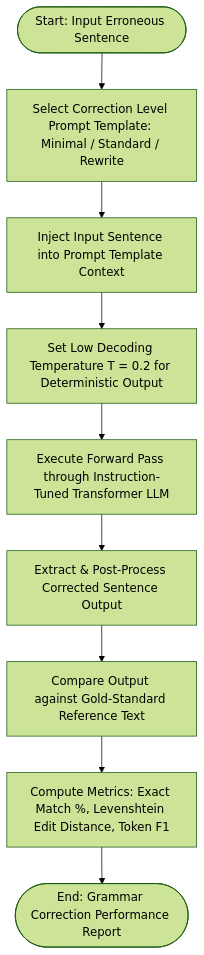
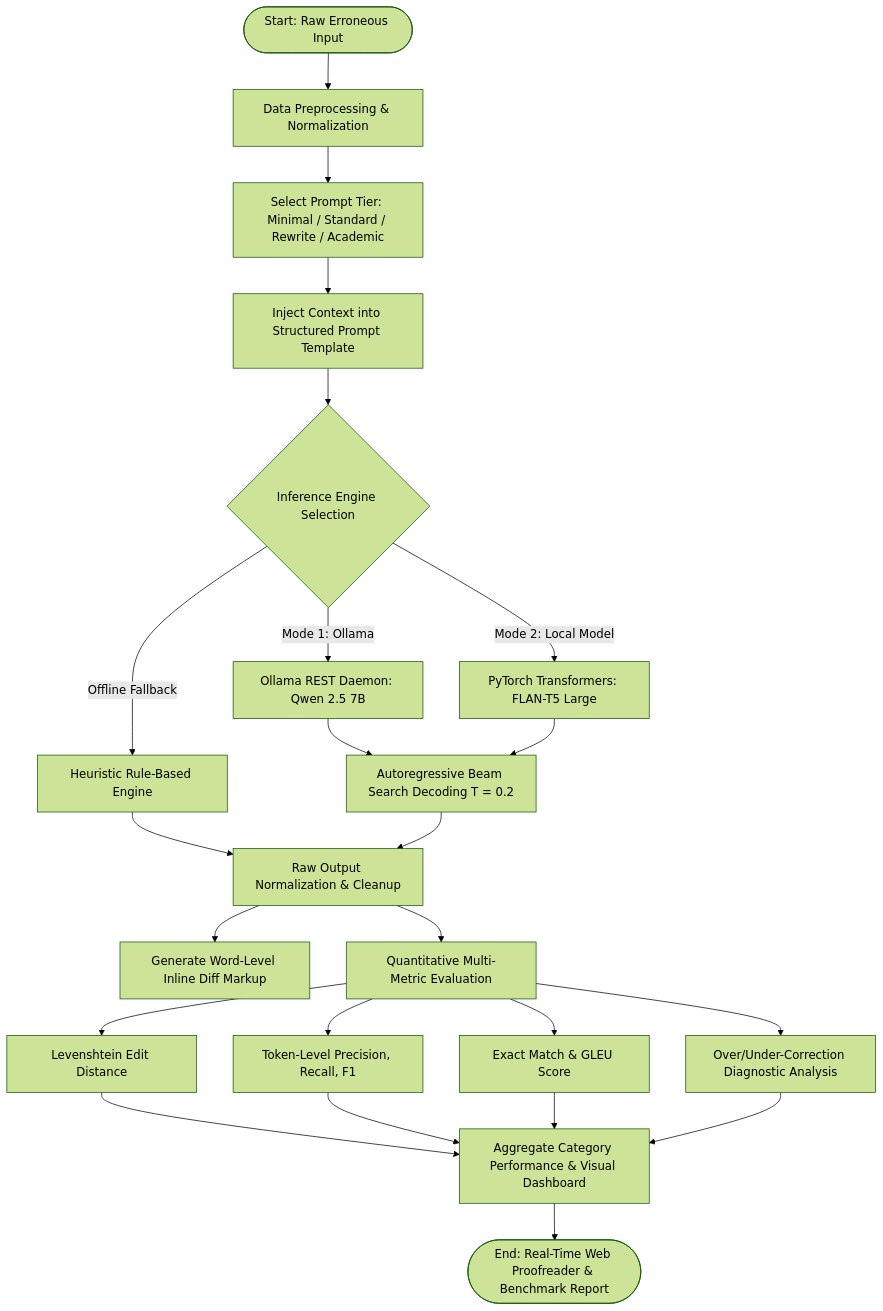
The diagram in llm_grammar_correction_project/Experiment8.md (Mekesh-Engineer/Ai_for_Engineers), drawn with Mermaid (forest theme) before and after one commit. The commit also changed other lines of this file and 191 other files, not shown here.

````diff
--- a/llm_grammar_correction_project/Experiment8.md
+++ b/llm_grammar_correction_project/Experiment8.md
@@ -98,11 +199,25 @@
 ```mermaid
 flowchart TD
-    A([Start: Input Erroneous Sentence]) --> B[Select Correction Level Prompt Template: Minimal / Standard / Rewrite]
-    B --> C[Inject Input Sentence into Prompt Template Context]
-    C --> D[Set Low Decoding Temperature T = 0.2 for Deterministic Output]
-    D --> E[Execute Forward Pass through Instruction-Tuned Transformer LLM]
-    E --> F[Extract & Post-Process Corrected Sentence Output]
-    F --> G[Compare Output against Gold-Standard Reference Text]
-    G --> H[Compute Metrics: Exact Match %, Levenshtein Edit Distance, Token F1]
-    H --> I([End: Grammar Correction Performance Report])
+    A([Start: Raw Erroneous Input]) --> B[Data Preprocessing & Normalization]
+    B --> C[Select Prompt Tier: Minimal / Standard / Rewrite / Academic]
+    C --> D[Inject Context into Structured Prompt Template]
+    D --> E{Inference Engine Selection}
+    E -->|Mode 1: Ollama| F[Ollama REST Daemon: Qwen 2.5 7B]
+    E -->|Mode 2: Local Model| G[PyTorch Transformers: FLAN-T5 Large]
+    E -->|Offline Fallback| H[Heuristic Rule-Based Engine]
+    F --> I[Autoregressive Beam Search Decoding T = 0.2]
+    G --> I
+    H --> J[Raw Output Normalization & Cleanup]
+    I --> J
+    J --> K[Generate Word-Level Inline Diff Markup]
+    J --> L[Quantitative Multi-Metric Evaluation]
+    L --> M[Levenshtein Edit Distance]
+    L --> N[Token-Level Precision, Recall, F1]
+    L --> O[Exact Match & GLEU Score]
+    L --> P[Over/Under-Correction Diagnostic Analysis]
+    M --> Q[Aggregate Category Performance & Visual Dashboard]
+    N --> Q
+    O --> Q
+    P --> Q
+    Q --> R([End: Real-Time Web Proofreader & Benchmark Report])
 ```
````
